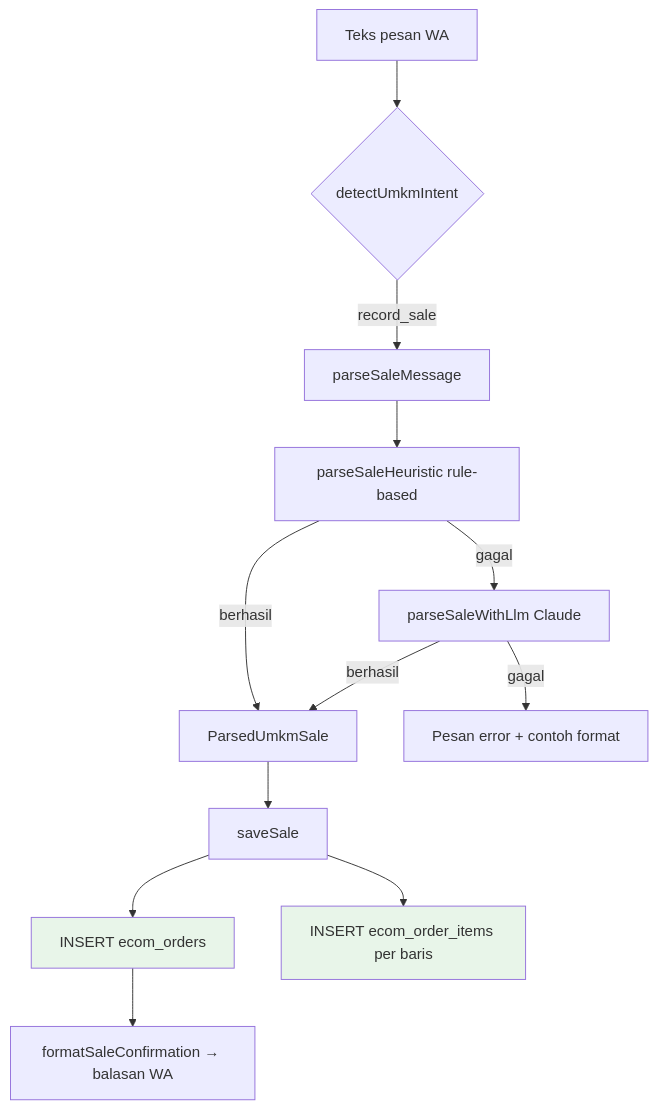
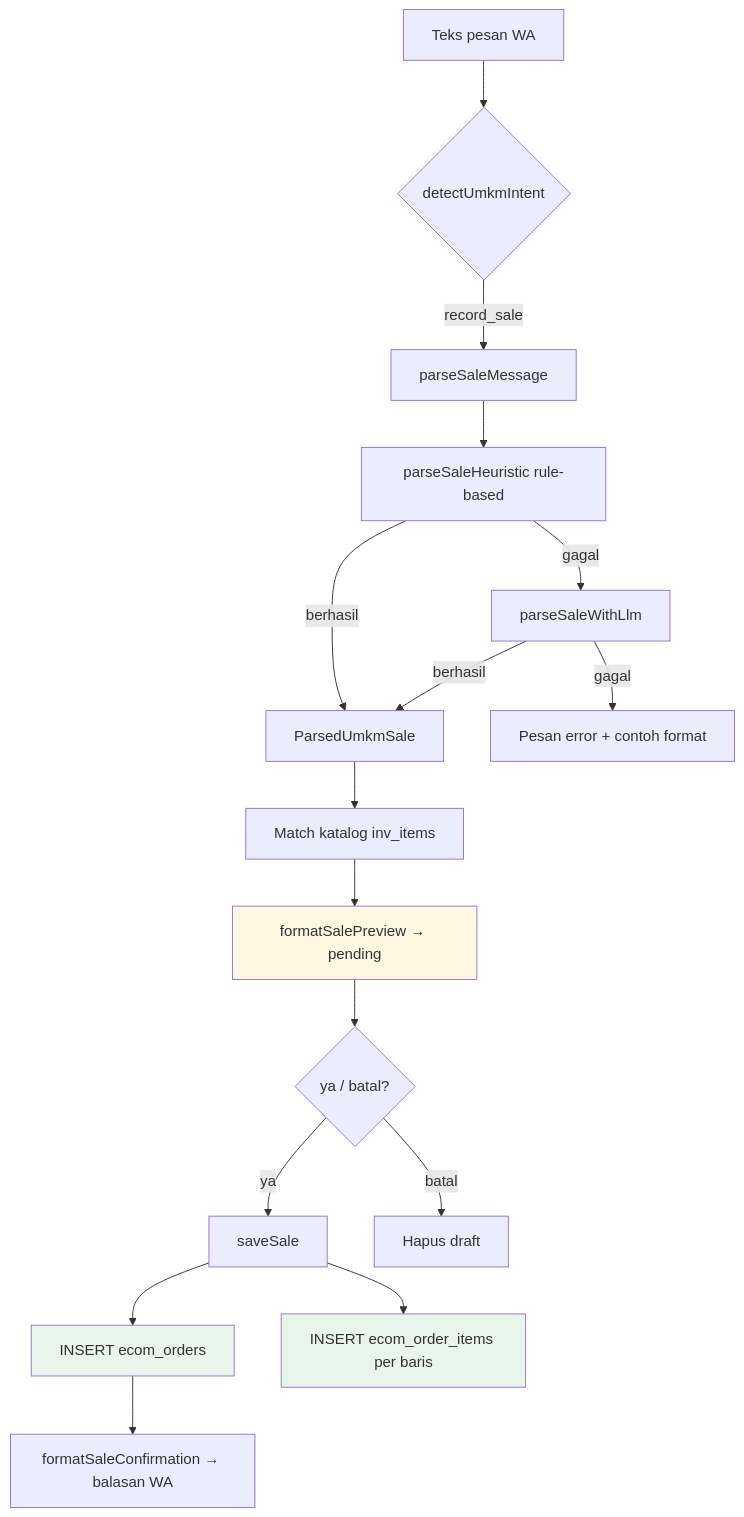
One commit to nusantarasoft/juragan-aibuilder-cup changed the fifth of 10 diagrams in middleware/STUDIO_UMKM_FLOW.md. Above: the diagram before and after it, drawn with Mermaid. The commit also changed other lines of this file and 26 other files, not shown here.

First line of the commit message:
feat: enhance UMKM sales assistant with preview and confirmation flow

````diff
--- a/middleware/STUDIO_UMKM_FLOW.md
+++ b/middleware/STUDIO_UMKM_FLOW.md
@@ -194,19 +220,24 @@
 ```mermaid
 flowchart TD
     T[Teks pesan WA] --> I{detectUmkmIntent}
     I -->|record_sale| P[parseSaleMessage]
 
     P --> H[parseSaleHeuristic rule-based]
     H -->|berhasil| S[ParsedUmkmSale]
-    H -->|gagal| L[parseSaleWithLlm Claude]
+    H -->|gagal| L[parseSaleWithLlm]
     L -->|berhasil| S
     L -->|gagal| E[Pesan error + contoh format]
 
-    S --> W[saveSale]
+    S --> M[Match katalog inv_items]
+    M --> PV[formatSalePreview → pending]
+    PV --> CF{ya / batal?}
+    CF -->|ya| W[saveSale]
+    CF -->|batal| X[Hapus draft]
     W --> O[INSERT ecom_orders]
     W --> I2[INSERT ecom_order_items per baris]
     O --> C[formatSaleConfirmation → balasan WA]
 
+    style PV fill:#fff8e1
     style O fill:#e8f5e9
     style I2 fill:#e8f5e9
 ```
````
